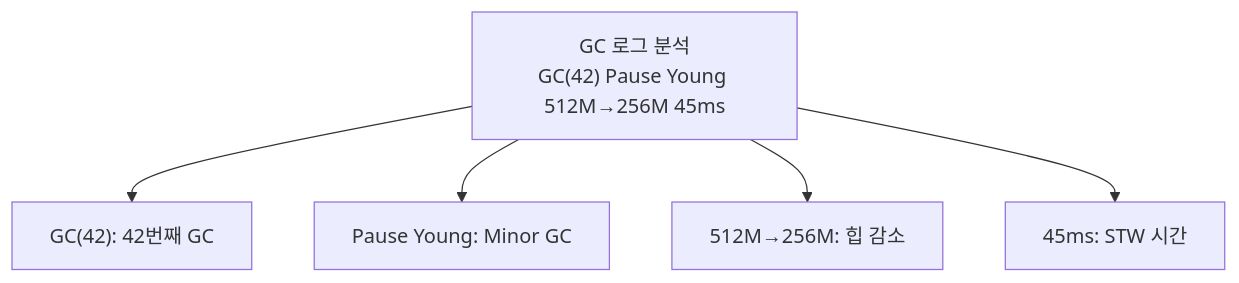
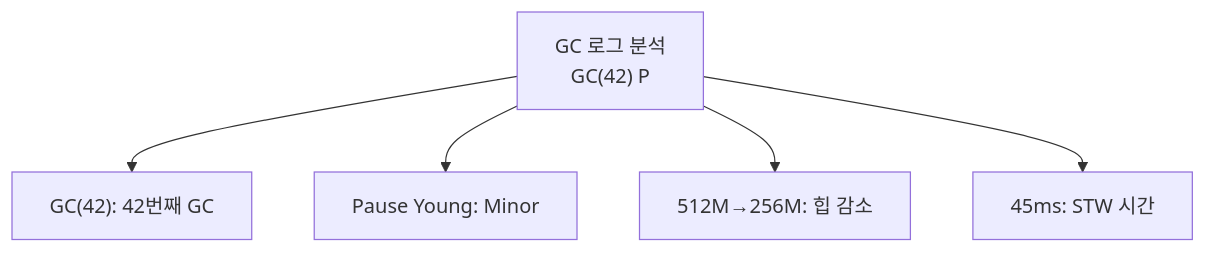
One commit to yjkim2015/yjkim2015.github.io changed diagram 20 of 29 in _posts/java/2026-05-01-java-garbage-collector.md. Above: the diagram before and after it, drawn with Mermaid. The commit also changed other lines of this file and 271 other files, not shown here.

First line of the commit message:
Mermaid 라벨 축소: 긴 노드 텍스트 18자 이하로 트림 + \n 제거

````diff
--- a/_posts/java/2026-05-01-java-garbage-collector.md
+++ b/_posts/java/2026-05-01-java-garbage-collector.md
@@ -538,8 +538,8 @@
 ```mermaid
 graph TD
-    LOG["GC 로그 분석\nGC(42) Pause Young 512M→256M 45ms"]
+    LOG["GC 로그 분석\nGC(42) P"]
     LOG --> A["GC(42): 42번째 GC"]
-    LOG --> B["Pause Young: Minor GC"]
+    LOG --> B["Pause Young: Minor"]
     LOG --> C["512M→256M: 힙 감소"]
     LOG --> D["45ms: STW 시간"]
 ```
````
